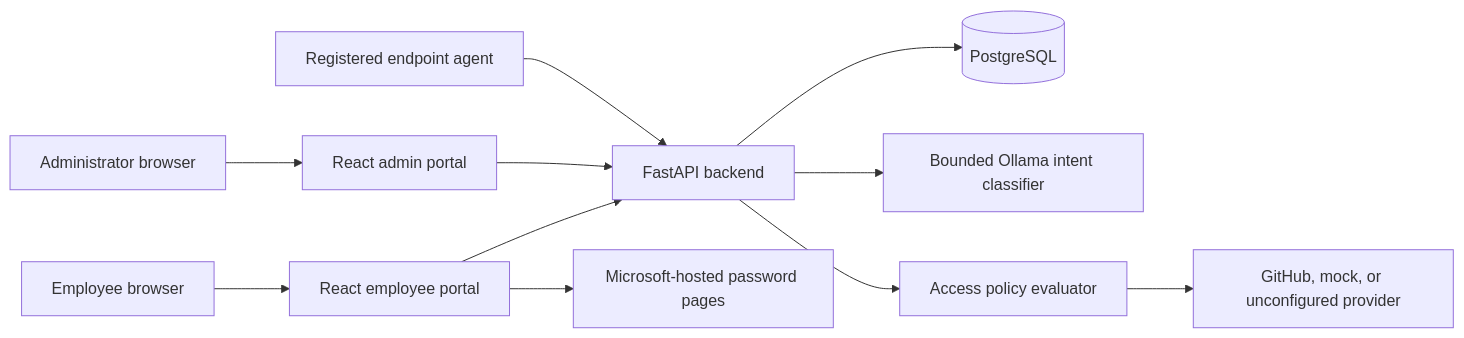
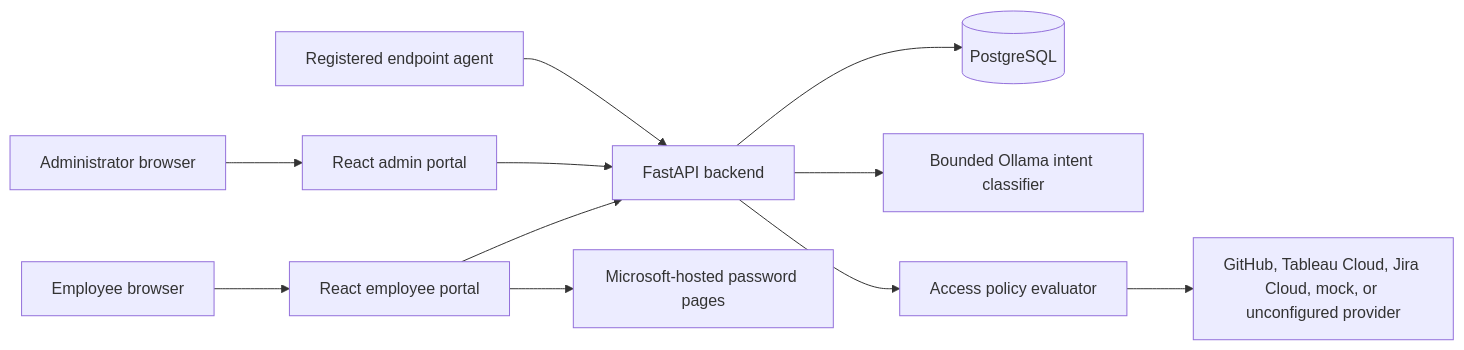
The first of 2 diagrams in PROJECT_DOCUMENTATION.md (SaiTharunV0/AutoDeskAI), drawn with Mermaid before and after one commit. The commit also changed other lines of this file and 12 other files, not shown here.

First line of the commit message:
Add verified Jira and Tableau access providers

````diff
--- a/PROJECT_DOCUMENTATION.md
+++ b/PROJECT_DOCUMENTATION.md
@@ -101,13 +101,13 @@
 ```mermaid
 flowchart LR
     E[Employee browser] --> F[React employee portal]
     A[Administrator browser] --> G[React admin portal]
     F --> API[FastAPI backend]
     G --> API
     API --> DB[(PostgreSQL)]
     API --> C[Bounded Ollama intent classifier]
     F --> M[Microsoft-hosted password pages]
     API --> P[Access policy evaluator]
-    P --> S[GitHub, mock, or unconfigured provider]
+    P --> S[GitHub, Tableau Cloud, Jira Cloud, mock, or unconfigured provider]
     D[Registered endpoint agent] --> API
 ```
````
